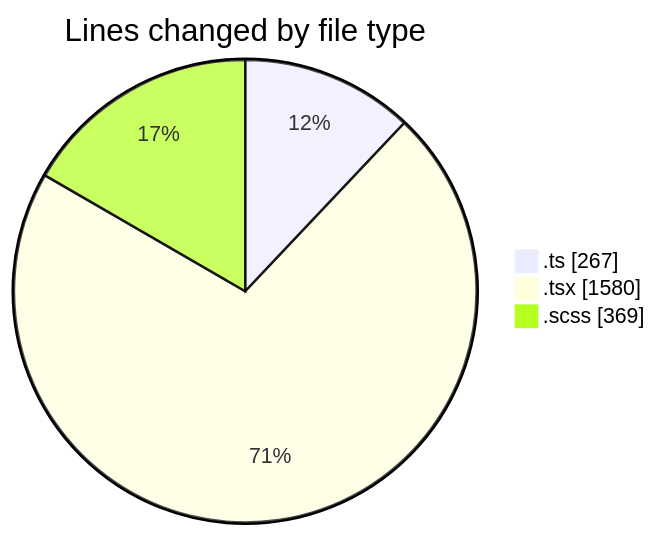
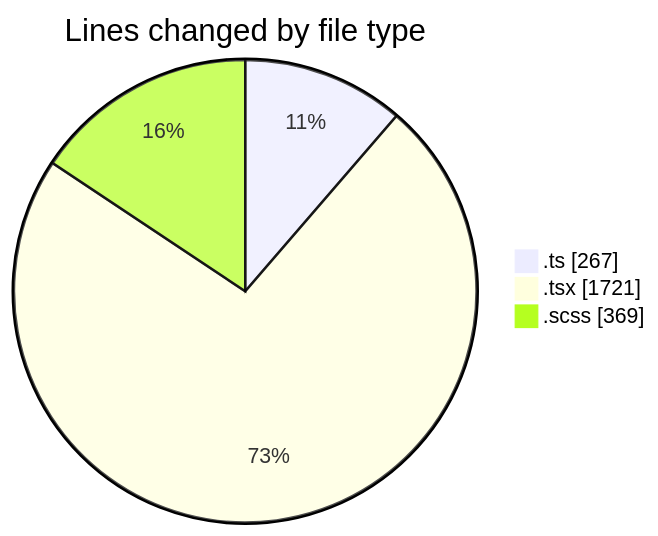
Before and after one commit to momahboobian/code-tracking: the first of 2 diagrams in 2025-05-01/cda/README.md, drawn with Mermaid. The commit also changed other lines of this file and 1 other file, not shown here.

````diff
--- a/2025-05-01/cda/README.md
+++ b/2025-05-01/cda/README.md
@@ -32,7 +33,7 @@
 ```mermaid
 pie showData
 title Lines changed by file type
 ".ts" : 267
-".tsx" : 1580
+".tsx" : 1721
 ".scss" : 369
 ```
````
